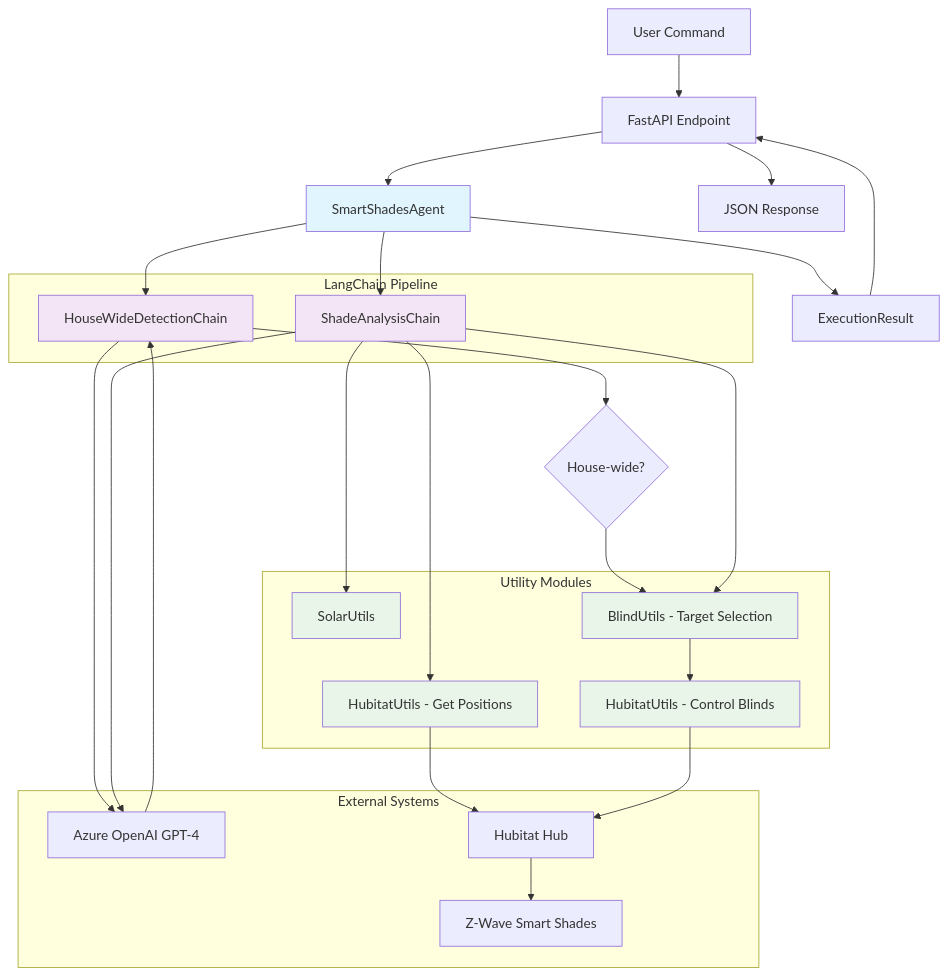
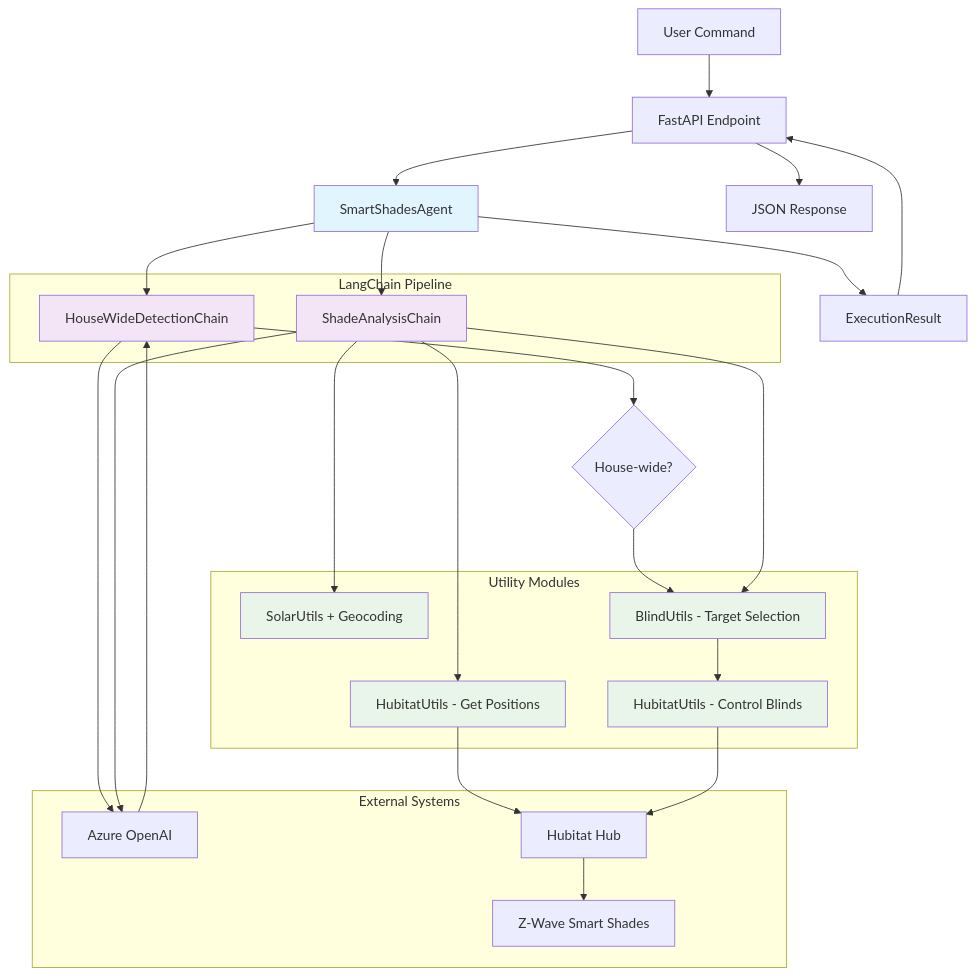
One commit to Kalatco/smartShades changed the diagram in README.md. Above: the diagram before and after it, drawn with Mermaid. The commit also changed other lines of this file and 6 other files, not shown here.

````diff
--- a/README.md
+++ b/README.md
@@ -189,53 +192,53 @@
 ```mermaid
 graph TD
     A[User Command] --> B[FastAPI Endpoint]
     B --> C[SmartShadesAgent]
     
     C --> D[HouseWideDetectionChain]
-    D --> E[Azure OpenAI GPT-4]
+    D --> E[Azure OpenAI]
     E --> D
     D --> F{House-wide?}
     
     C --> G[ShadeAnalysisChain]
     G --> E
-    G --> H[SolarUtils]
+    G --> H[SolarUtils + Geocoding]
     G --> I[HubitatUtils - Get Positions]
     I --> J[Hubitat Hub]
     
     F --> K[BlindUtils - Target Selection]
     G --> K
     K --> L[HubitatUtils - Control Blinds]
     L --> J
     
     J --> M[Z-Wave Smart Shades]
     
     C --> N[ExecutionResult]
     N --> B
     B --> O[JSON Response]
     
     subgraph "LangChain Pipeline"
         D
         G
     end
     
     subgraph "Utility Modules"
         H
         I
         L
         K
     end
     
     subgraph "External Systems"
         E
         J
         M
     end
     
     style C fill:#e1f5fe
     style D fill:#f3e5f5
     style G fill:#f3e5f5
     style H fill:#e8f5e8
     style I fill:#e8f5e8
     style K fill:#e8f5e8
     style L fill:#e8f5e8
 ```
````
